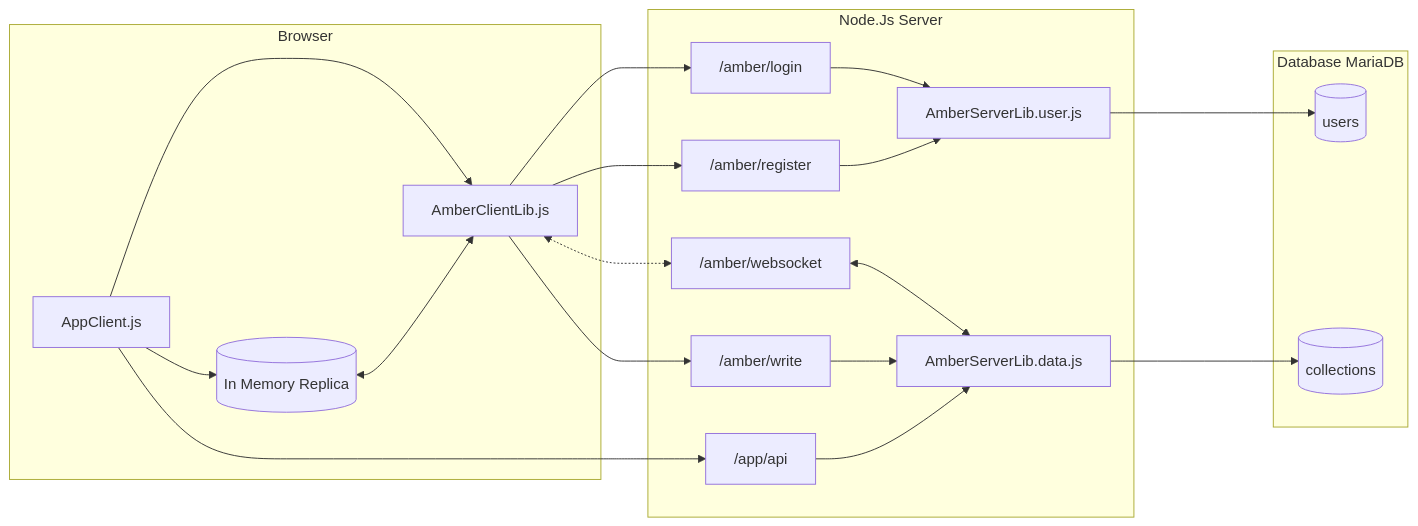
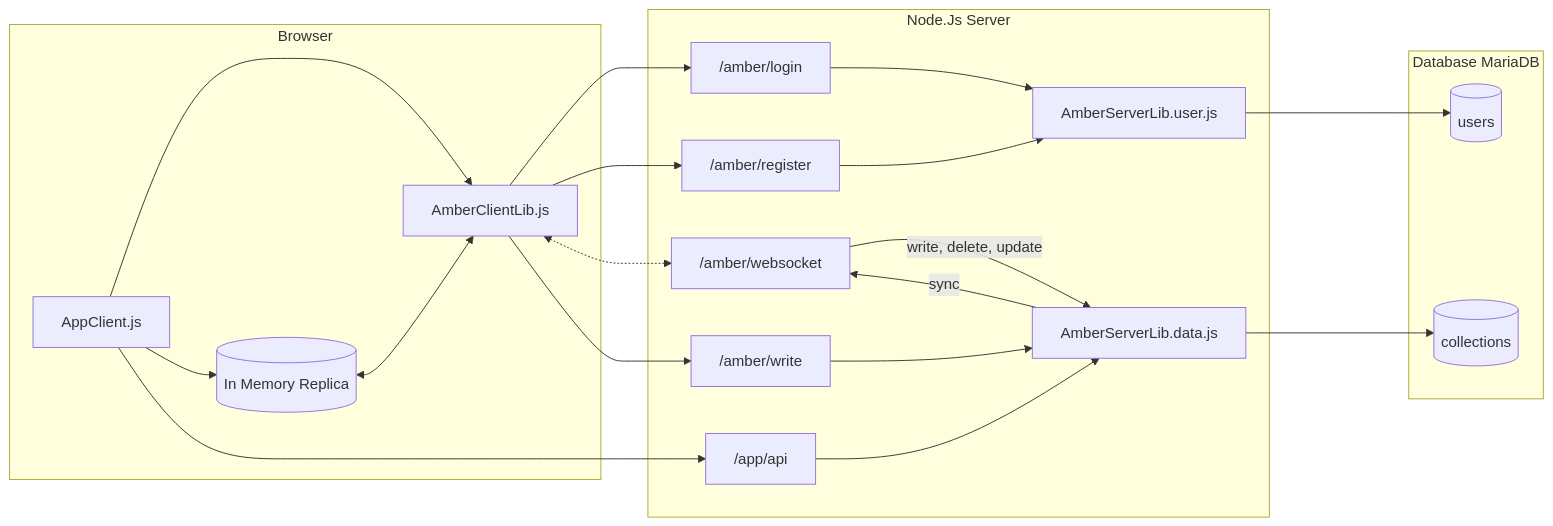
Before and after one commit to amberbase/amberbase: the third of 3 diagrams in docs/concept.md, drawn with Mermaid. The commit also changed other lines of this file and 7 other files, not shown here.

````diff
--- a/docs/concept.md
+++ b/docs/concept.md
@@ -125,25 +131,26 @@
 ```mermaid
 flowchart LR;
     subgraph Browser
         inMem[(In Memory Replica)] <--> clientLib
         app[AppClient.js]-->clientLib[AmberClientLib.js]
         app --> inMem
     end
     
     subgraph Node.Js Server
         clientLib --> login[ /amber/login]    
         clientLib --> register[ /amber/register]
         login --> userLib[AmberServerLib.user.js]
         register --> userLib[AmberServerLib.user.js]
         clientLib<-.->ws[ /amber/websocket]
         clientLib-->write[ /amber/write]
         app --> appApi[ /app/api]
         appApi --> dataLib
         write --> dataLib[AmberServerLib.data.js]
-        ws <--> dataLib 
+        ws -->|write, delete, update| dataLib 
+        dataLib -->|sync| ws
     end
     subgraph Database MariaDB
         userLib ----> usersDb[(users)]
         dataLib ----> dataDb[(collections)]
     end
 ```
````
